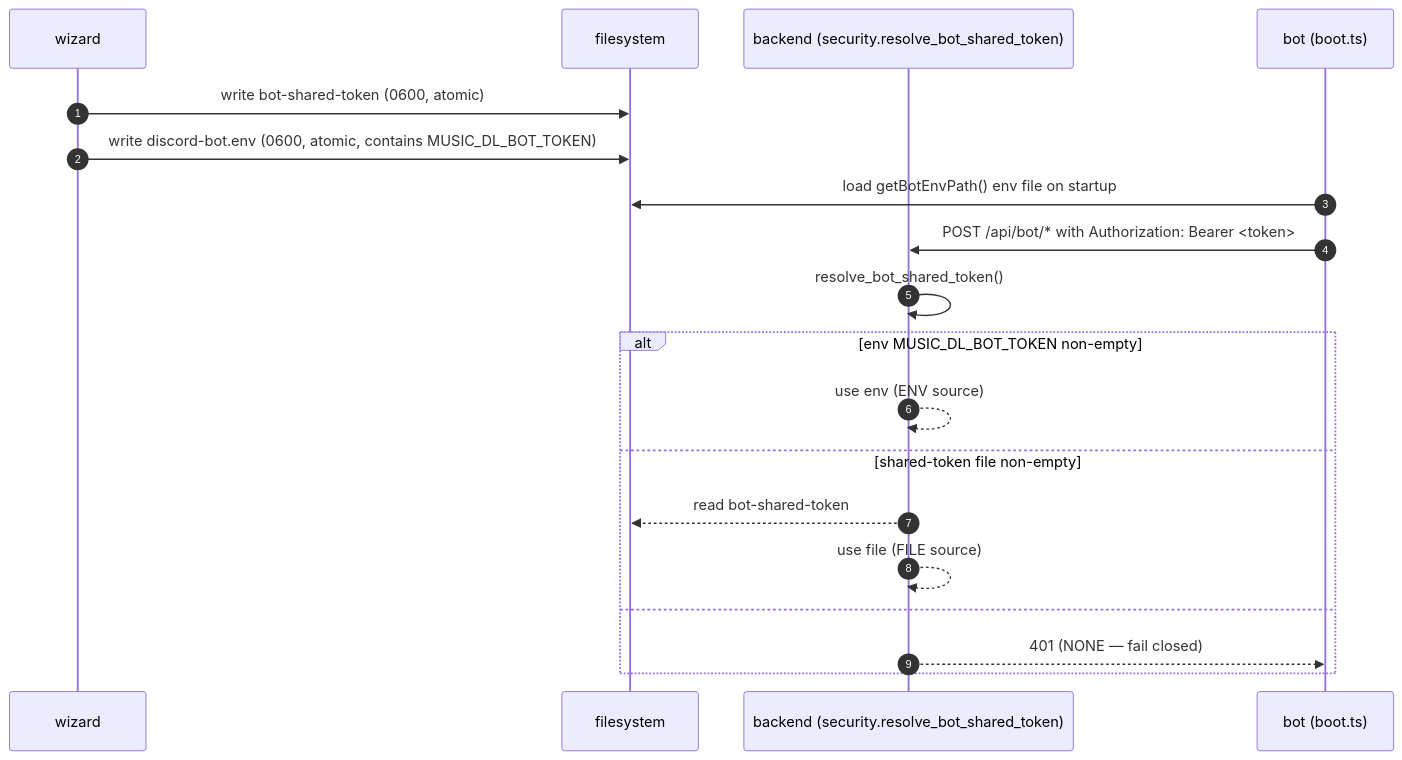
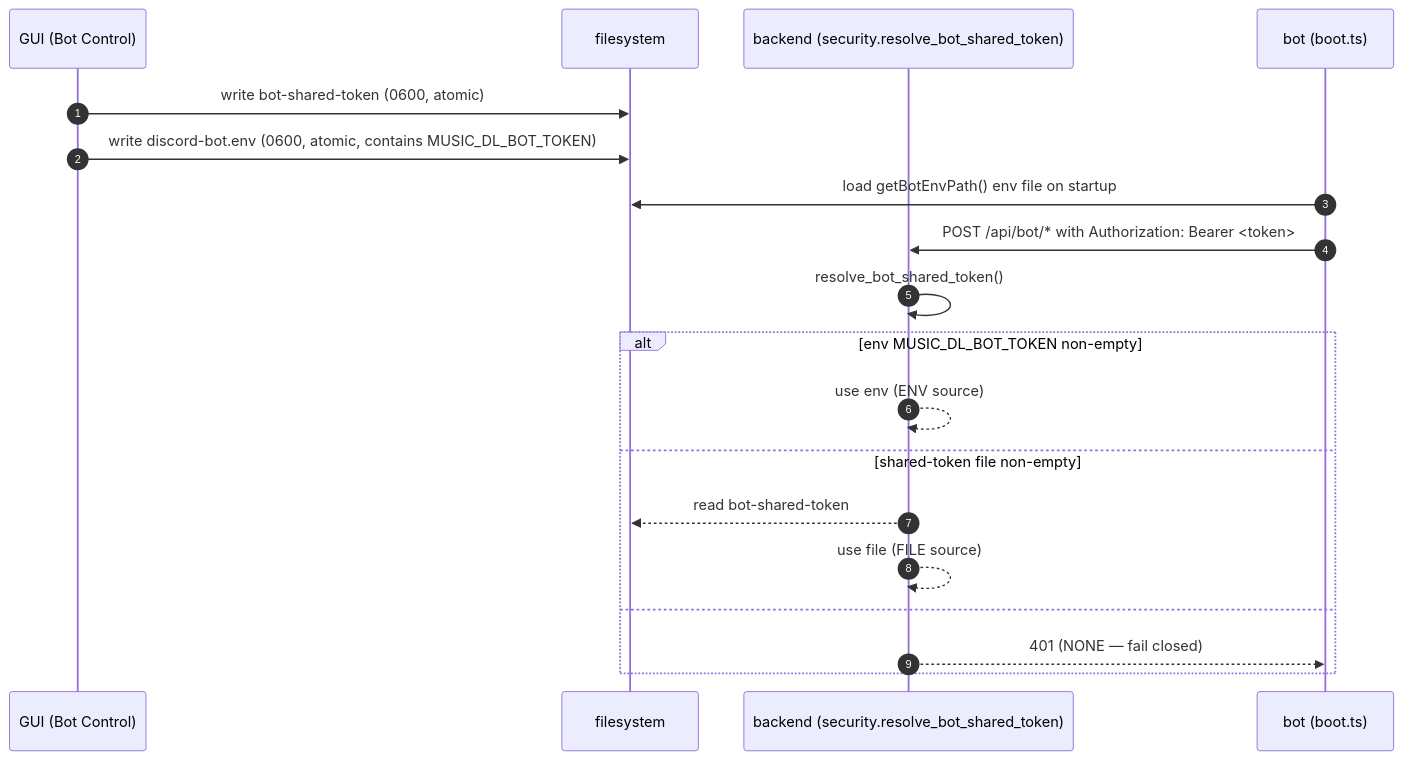
Before and after one commit to STEPPING3DCAD/music-dl: the second of 2 diagrams in tidaldl-py/docs/bot-onboarding.md, drawn with Mermaid. The commit also changed other lines of this file and 117 other files, not shown here.

````diff
--- a/tidaldl-py/docs/bot-onboarding.md
+++ b/tidaldl-py/docs/bot-onboarding.md
@@ -169,22 +107,22 @@
 ```mermaid
 sequenceDiagram
     autonumber
-    participant W as wizard
+    participant G as GUI (Bot Control)
     participant FS as filesystem
     participant B as backend (security.resolve_bot_shared_token)
     participant BOT as bot (boot.ts)
 
-    W->>FS: write bot-shared-token (0600, atomic)
-    W->>FS: write discord-bot.env (0600, atomic, contains MUSIC_DL_BOT_TOKEN)
+    G->>FS: write bot-shared-token (0600, atomic)
+    G->>FS: write discord-bot.env (0600, atomic, contains MUSIC_DL_BOT_TOKEN)
     BOT->>FS: load getBotEnvPath() env file on startup
     BOT->>B: POST /api/bot/* with Authorization: Bearer <token>
     B->>B: resolve_bot_shared_token()
     alt env MUSIC_DL_BOT_TOKEN non-empty
       B-->>B: use env (ENV source)
     else shared-token file non-empty
       B-->>FS: read bot-shared-token
       B-->>B: use file (FILE source)
     else
       B-->>BOT: 401 (NONE — fail closed)
     end
 ```
````
